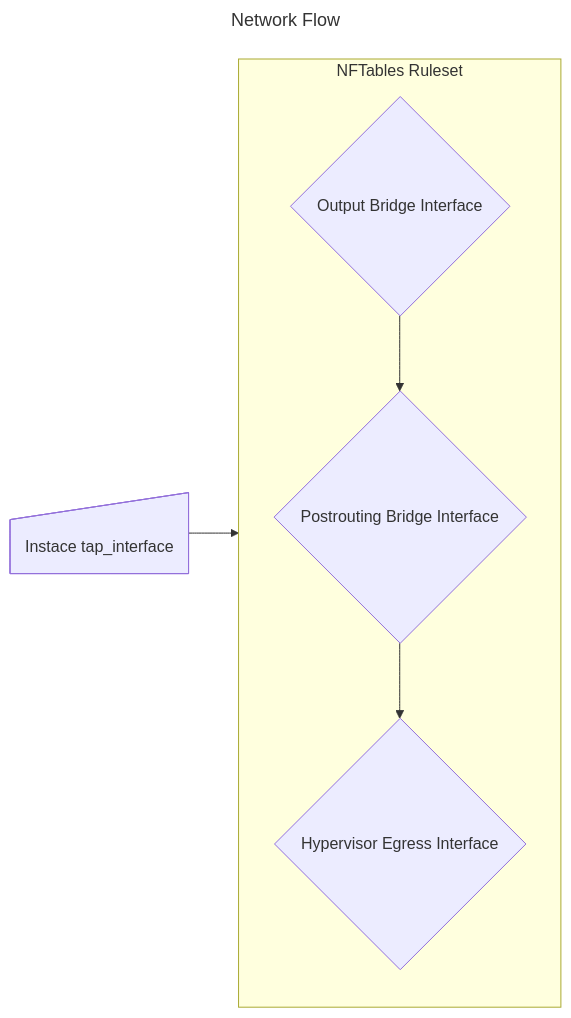
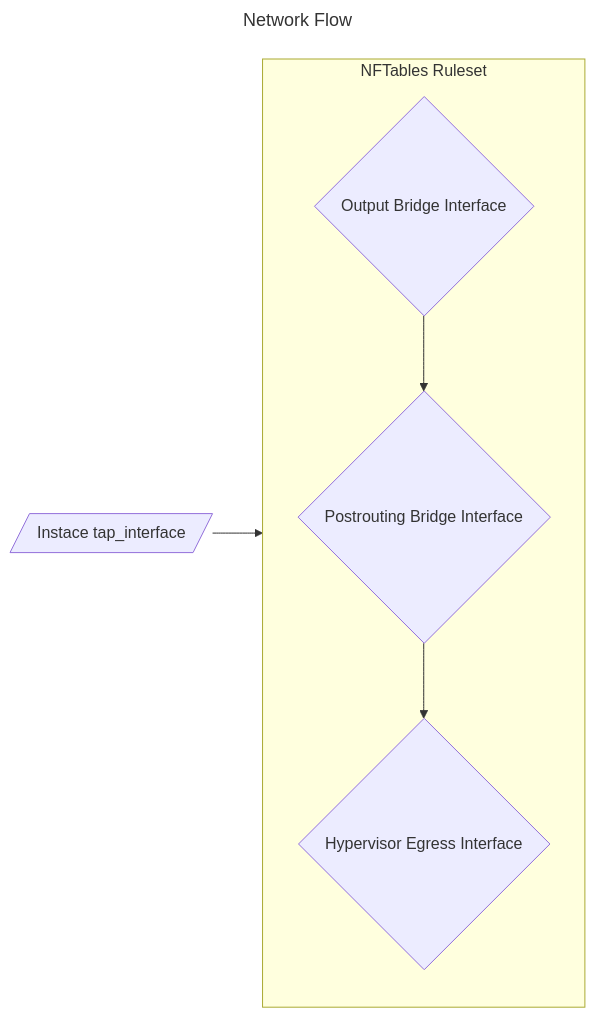
The diagram in Antispam System/README.md (Zai4ikManiak/Cyber-Security-Study), drawn with Mermaid before and after one commit.

Commit message:
modified:   README.md

````diff
--- a/Antispam System/README.md
+++ b/Antispam System/README.md
@@ -3,16 +3,16 @@
 ```mermaid
 ---
 title: Network Flow
 ---
 flowchart LR
-    tap_int["Instace tap_interface"]@{ shape: sl-rect }
+    tap_int["Instace tap_interface"]@{ shape: in-out }
 
     subgraph firewall["NFTables Ruleset"]
         output_br["Output Bridge Interface"]@{ shape: decision }
         post_ro_br["Postrouting Bridge Interface"]@{ shape: decision }
         egress["Hypervisor Egress Interface"]@{ shape: decision }
     end
 
     tap_int --> firewall
     output_br --> post_ro_br --> egress
 ```
````
